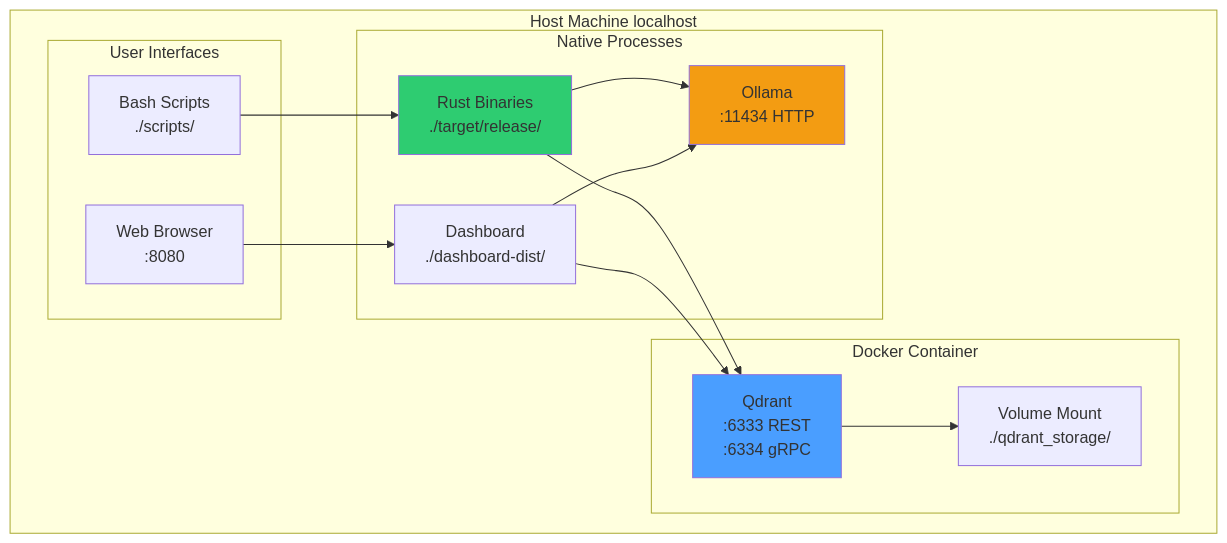
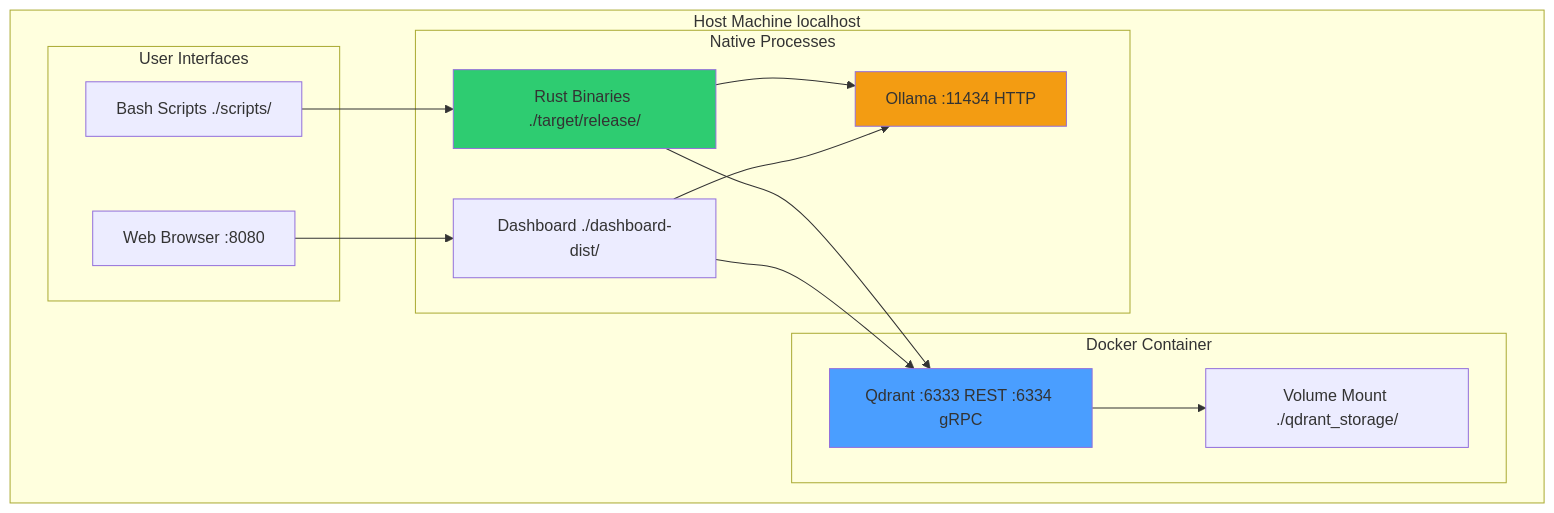
One commit to softwarewrighter/rag-demo changed the first of 12 diagrams in wiki/Deployment-Architecture.md. Above: the diagram before and after it, drawn with Mermaid. The commit also changed other lines of this file and 7 other files, not shown here.

````diff
--- a/wiki/Deployment-Architecture.md
+++ b/wiki/Deployment-Architecture.md
@@ -21,32 +21,32 @@
 ```mermaid
 graph TB
     subgraph "Host Machine localhost"
         subgraph "Docker Container"
-            QD[Qdrant<br/>:6333 REST<br/>:6334 gRPC]
-            QV[Volume Mount<br/>./qdrant_storage/]
+            QD[Qdrant :6333 REST :6334 gRPC]
+            QV[Volume Mount ./qdrant_storage/]
         end
 
         subgraph "Native Processes"
-            OL[Ollama<br/>:11434 HTTP]
-            RUST[Rust Binaries<br/>./target/release/]
-            DASH[Dashboard<br/>./dashboard-dist/]
+            OL[Ollama :11434 HTTP]
+            RUST[Rust Binaries ./target/release/]
+            DASH[Dashboard ./dashboard-dist/]
         end
 
         subgraph "User Interfaces"
-            CLI[Bash Scripts<br/>./scripts/]
-            WEB[Web Browser<br/>:8080]
+            CLI[Bash Scripts ./scripts/]
+            WEB[Web Browser :8080]
         end
     end
 
     CLI --> RUST
     WEB --> DASH
     RUST --> OL
     RUST --> QD
     QD --> QV
     DASH --> QD
     DASH --> OL
 
     style QD fill:#4a9eff
     style OL fill:#f39c12
     style RUST fill:#2ecc71
 ```
````
